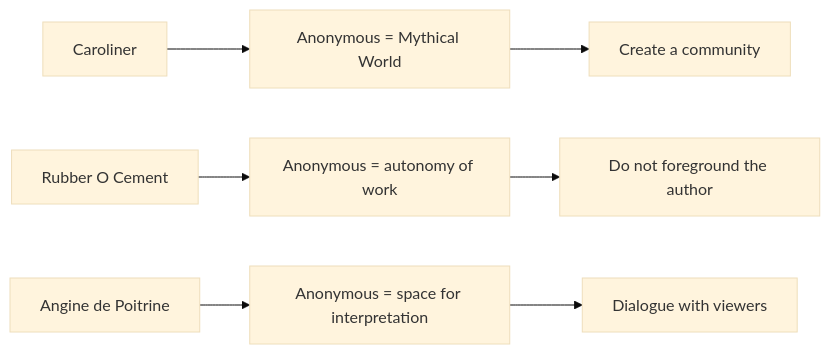
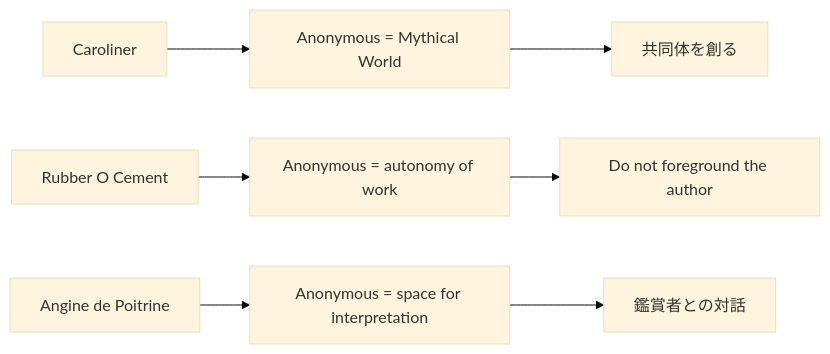
One commit to monumental-movement/monumental-movement.github.io changed the eighth of 9 diagrams in en/_posts/2026-07-07-column-angine-de-poitrine-caroliner-rubber-o-cement.md. Above: the diagram before and after it, drawn with Mermaid (base theme). The commit also changed other lines of this file and 1012 other files, not shown here.

```diff
--- a/en/_posts/2026-07-07-column-angine-de-poitrine-caroliner-rubber-o-cement.md
+++ b/en/_posts/2026-07-07-column-angine-de-poitrine-caroliner-rubber-o-cement.md
@@ -811,20 +811,20 @@
 <div class="mermaid">
 flowchart LR
 
 A["Caroliner"]
 B["Anonymous = Mythical World"]
-C["Create a community"]
+C["共同体を創る"]
 
 D["Rubber O Cement"]
 E["Anonymous = autonomy of work"]
 F["Do not foreground the author"]
 
 G["Angine de Poitrine"]
 H["Anonymous = space for interpretation"]
-I["Dialogue with viewers"]
+I["鑑賞者との対話"]
 
 A --> B --> C
 D --> E --> F
 G --> H --> I
 
 </div>
```
